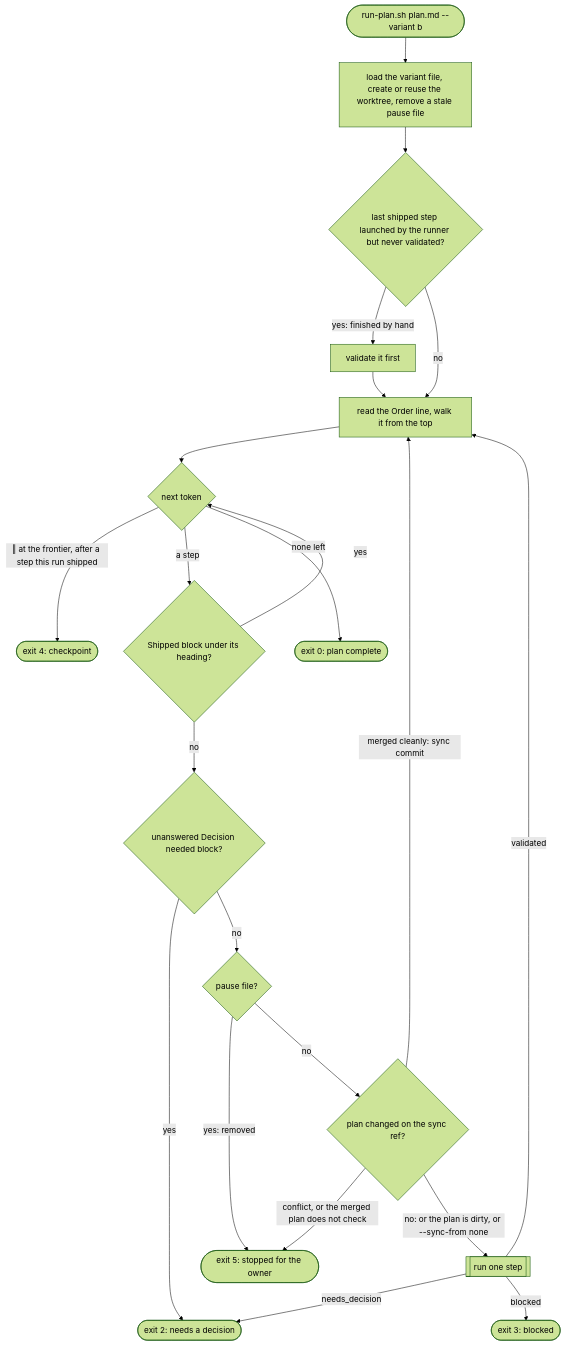
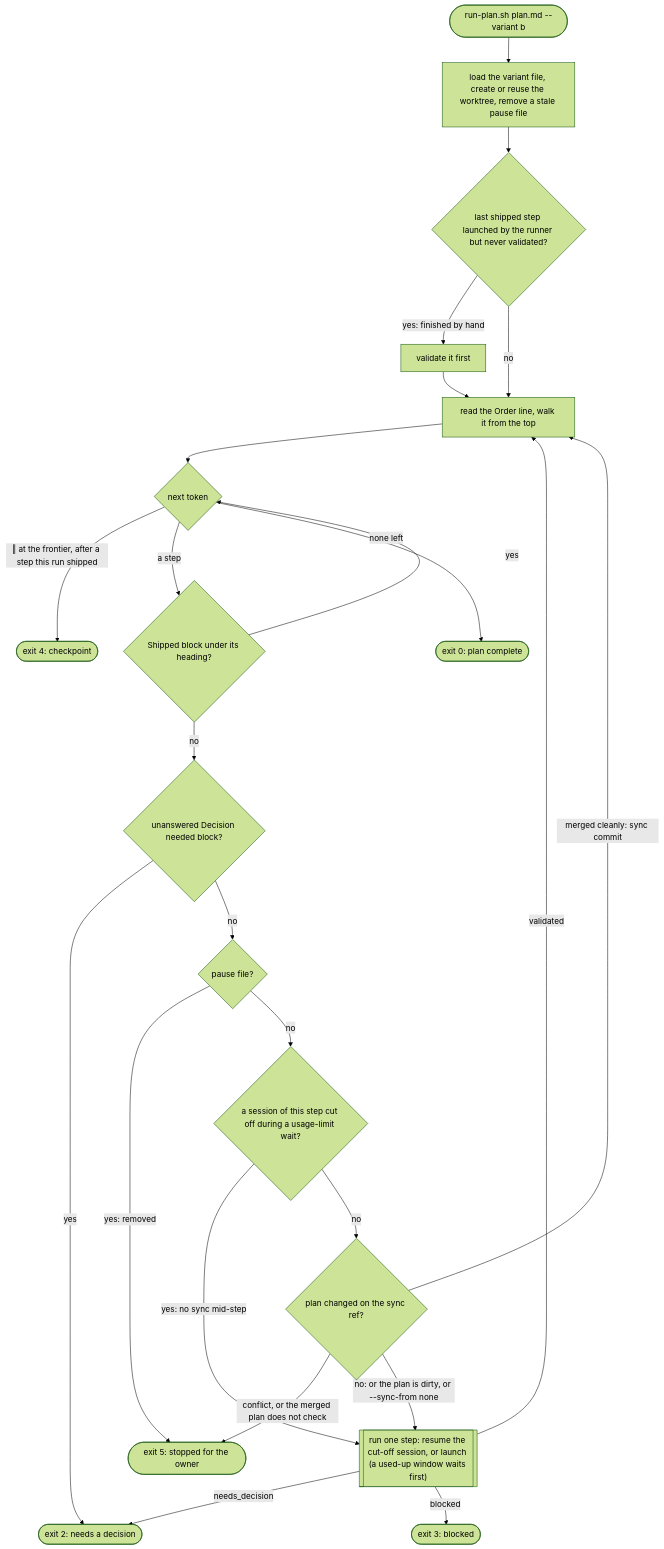
Before and after one commit to gomorra/fire-stream-chat: the first of 2 diagrams in scripts/plan-runner/README.md, drawn with Mermaid (forest theme). The commit also changed other lines of this file and 18 other files, not shown here.

````diff
--- a/scripts/plan-runner/README.md
+++ b/scripts/plan-runner/README.md
@@ -19,24 +20,26 @@
 ```mermaid
 flowchart TD
   start(["run-plan.sh plan.md --variant b"]) --> setup["load the variant file, create or reuse the worktree, remove a stale pause file"]
   setup --> byhand{"last shipped step launched by the runner but never validated?"}
   byhand -- "yes: finished by hand" --> v0["validate it first"]
   byhand -- "no" --> top
   v0 --> top["read the Order line, walk it from the top"]
   top --> tok{"next token"}
   tok -- "‖ at the frontier, after a step this run shipped" --> e4(["exit 4: checkpoint"])
   tok -- "a step" --> shipped{"Shipped block under its heading?"}
   shipped -- "yes" --> tok
   shipped -- "no" --> pend{"unanswered Decision needed block?"}
   pend -- "yes" --> e2(["exit 2: needs a decision"])
   pend -- "no" --> pause{"pause file?"}
   pause -- "yes: removed" --> e5(["exit 5: stopped for the owner"])
-  pause -- "no" --> sync{"plan changed on the sync ref?"}
+  pause -- "no" --> cut{"a session of this step cut off during a usage-limit wait?"}
+  cut -- "yes: no sync mid-step" --> run
+  cut -- "no" --> sync{"plan changed on the sync ref?"}
   sync -- "merged cleanly: sync commit" --> top
   sync -- "conflict, or the merged plan does not check" --> e5
-  sync -- "no: or the plan is dirty, or --sync-from none" --> run[["run one step"]]
+  sync -- "no: or the plan is dirty, or --sync-from none" --> run[["run one step: resume the cut-off session, or launch (a used-up window waits first)"]]
   run -- "validated" --> top
   run -- "needs_decision" --> e2
   run -- "blocked" --> e3(["exit 3: blocked"])
   tok -- "none left" --> e0(["exit 0: plan complete"])
 ```
````
